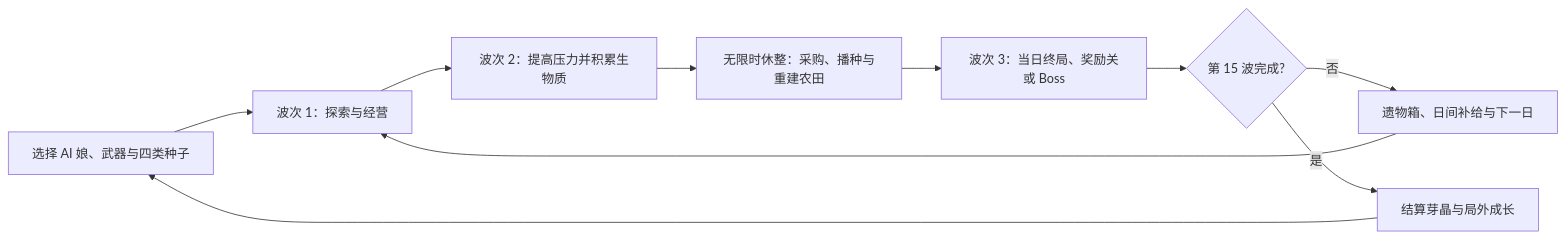
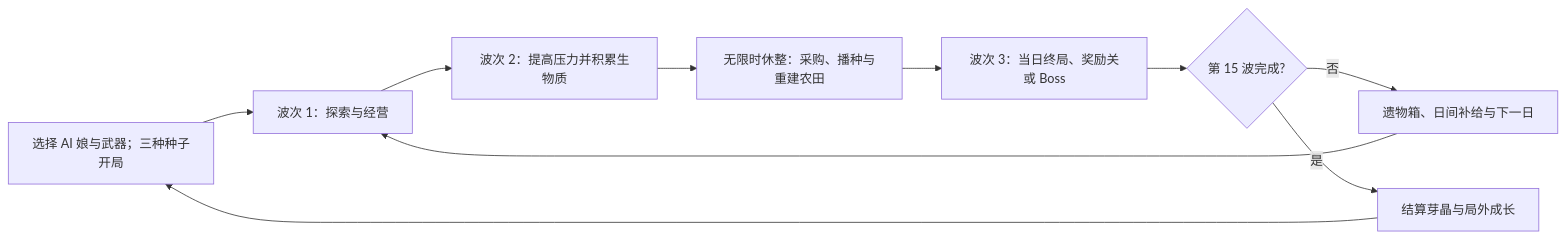
Before and after one commit to CJ-Dzz/D02: the diagram in wildroot/GAME_DESIGN_DOCUMENT.md, drawn with Mermaid. The commit also changed other lines of this file and 6 other files, not shown here.

````diff
--- a/wildroot/GAME_DESIGN_DOCUMENT.md
+++ b/wildroot/GAME_DESIGN_DOCUMENT.md
@@ -31,12 +31,12 @@
 ```mermaid
 flowchart LR
-    A[选择 AI 娘、武器与四类种子] --> B[波次 1：探索与经营]
+    A[选择 AI 娘与武器；三种种子开局] --> B[波次 1：探索与经营]
     B --> C[波次 2：提高压力并积累生物质]
     C --> R[无限时休整：采购、播种与重建农田]
     R --> E[波次 3：当日终局、奖励关或 Boss]
     E --> F{第 15 波完成?}
     F -- 否 --> G[遗物箱、日间补给与下一日]
     G --> B
     F -- 是 --> L[结算芽晶与局外成长]
     L --> A
 ```
````
